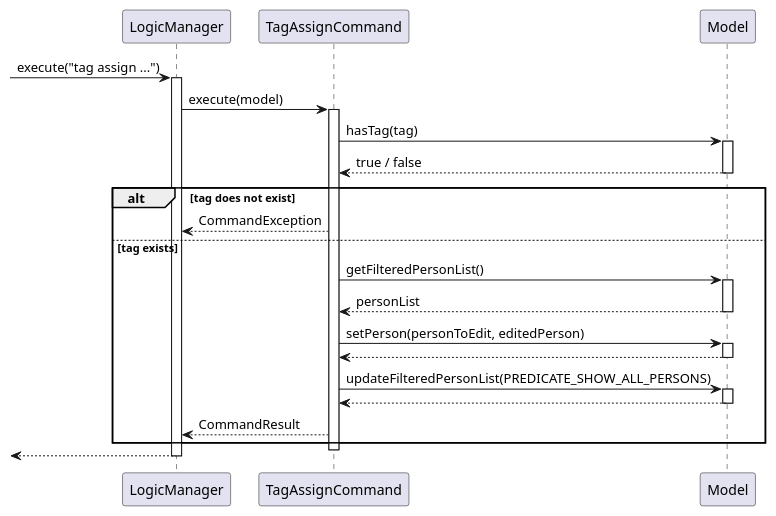
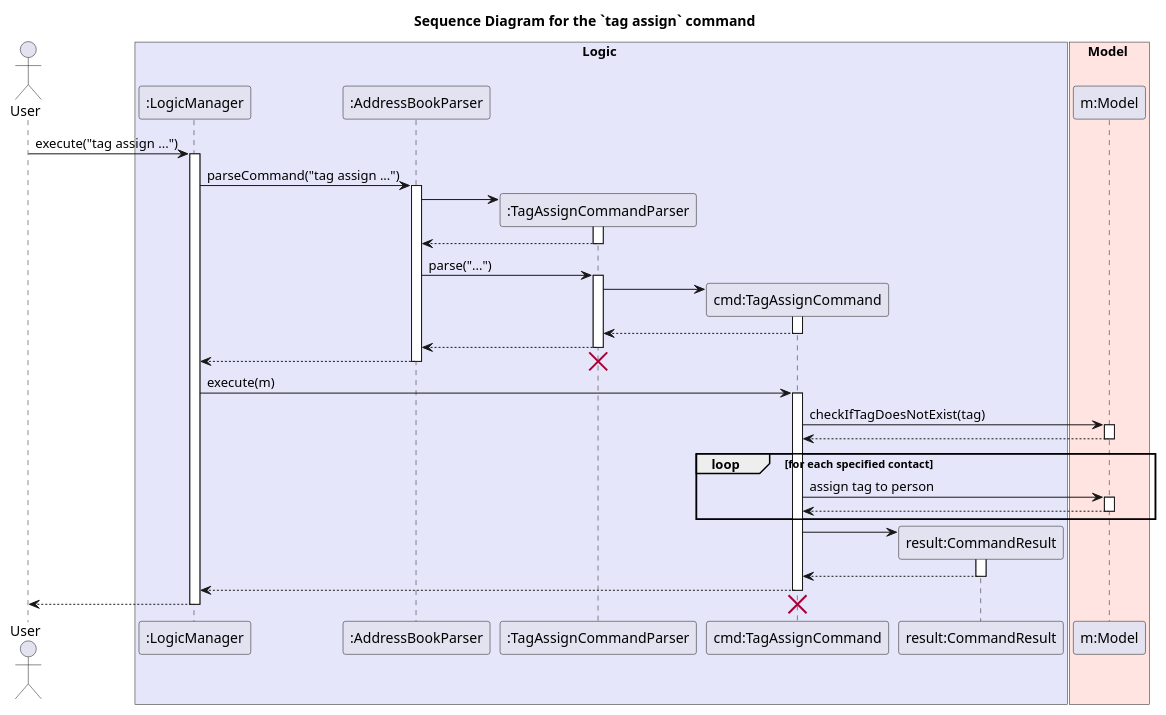
One commit to AY2526S2-CS2103-T11-1/tp changed the diagram in diagrams/tag/TagAssignSequenceDiagram.puml. Above: the diagram before and after it, drawn with PlantUML. The commit also changed 43 other files, not shown here.

```diff
--- a/diagrams/tag/TagAssignSequenceDiagram.puml
+++ b/diagrams/tag/TagAssignSequenceDiagram.puml
@@ -1,41 +1,76 @@
 @startuml
-participant "LogicManager" as LogicManager
-participant "TagAssignCommand" as TagAssignCommand
-participant "Model" as Model
+title Sequence Diagram for the `tag assign` command
 
--> LogicManager : execute("tag assign ...")
-activate LogicManager
+actor User
 
-LogicManager -> TagAssignCommand : execute(model)
-activate TagAssignCommand
+box Logic #E6E6FA
+participant ":LogicManager" as Logic
+participant ":AddressBookParser" as ABParser
+participant ":TagAssignCommandParser" as Parser
+participant "cmd:TagAssignCommand" as Command
+participant "result:CommandResult" as Result
+end box
 
-TagAssignCommand -> Model : hasTag(tag)
+box Model #FFE4E1
+participant "m:Model" as Model
+end box
+
+User -> Logic : execute("tag assign ...")
+activate Logic
+
+Logic -> ABParser : parseCommand("tag assign ...")
+activate ABParser
+
+create Parser
+ABParser -> Parser
+activate Parser
+
+ABParser <-- Parser
+deactivate Parser
+
+ABParser -> Parser : parse("...")
+activate Parser
+
+create Command
+Parser -> Command
+activate Command
+
+Parser <-- Command
+deactivate Command
+
+ABParser <-- Parser
+deactivate Parser
+
+Logic <-- ABParser
+destroy Parser
+deactivate ABParser
+
+Logic -> Command : execute(m)
+activate Command
+
+Command -> Model : checkIfTagDoesNotExist(tag)
 activate Model
-Model --> TagAssignCommand : true / false
+Model --> Command
 deactivate Model
 
-alt tag does not exist
-    TagAssignCommand --> LogicManager : CommandException
-else tag exists
-    TagAssignCommand -> Model : getFilteredPersonList()
+loop for each specified contact
+    Command -> Model : assign tag to person
     activate Model
-    Model --> TagAssignCommand : personList
+    Model --> Command
     deactivate Model
-
-    TagAssignCommand -> Model : setPerson(personToEdit, editedPerson)
-    activate Model
-    Model --> TagAssignCommand
-    deactivate Model
-
-    TagAssignCommand -> Model : updateFilteredPersonList(PREDICATE_SHOW_ALL_PERSONS)
-    activate Model
-    Model --> TagAssignCommand
-    deactivate Model
-
-    TagAssignCommand --> LogicManager : CommandResult
 end
 
-deactivate TagAssignCommand
-<-- LogicManager
-deactivate LogicManager
+create Result
+Command -> Result
+activate Result
+Result --> Command
+deactivate Result
+
+Logic <-- Command
+deactivate Command
+
+User <-- Logic
+destroy Command
+deactivate Logic
+
 @enduml
```
